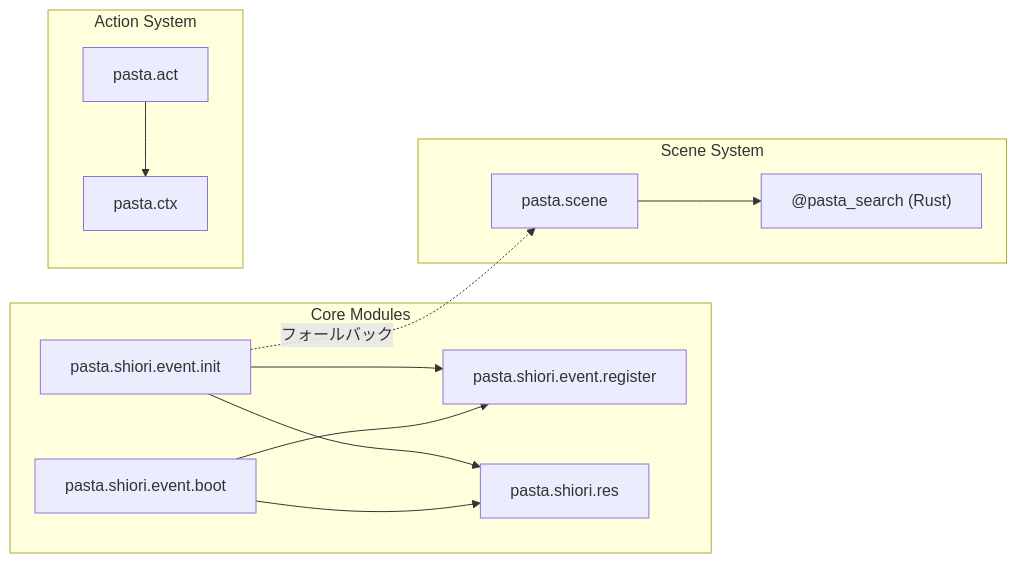
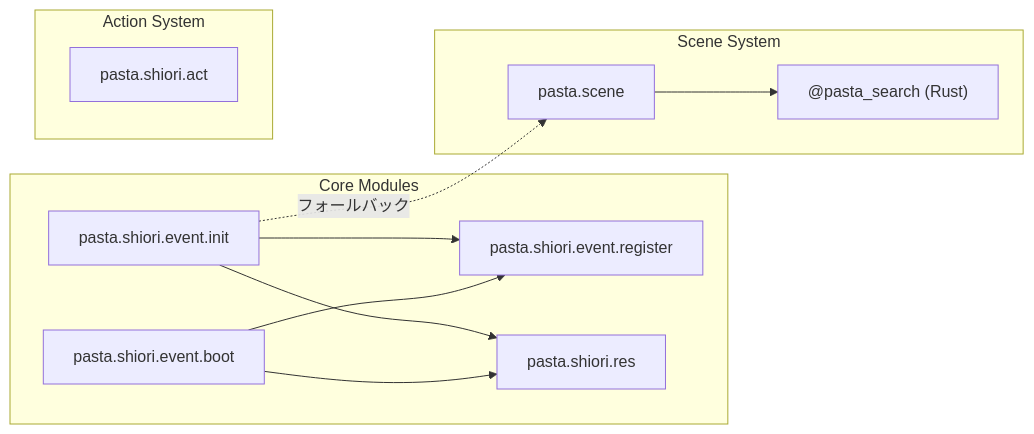
One commit to ekicyou/pasta changed the third of 3 diagrams in .kiro/specs/alpha01-shiori-alpha-events/design.md. Above: the diagram before and after it, drawn with Mermaid. The commit also changed other lines of this file and 9 other files, not shown here.

````diff
--- a/.kiro/specs/alpha01-shiori-alpha-events/design.md
+++ b/.kiro/specs/alpha01-shiori-alpha-events/design.md
@@ -99,27 +99,25 @@
 ```mermaid
 graph LR
     subgraph "Core Modules"
         EVENT[pasta.shiori.event.init]
         REG[pasta.shiori.event.register]
         BOOT[pasta.shiori.event.boot]
         RES[pasta.shiori.res]
     end
     
     subgraph "Scene System"
         SCENE[pasta.scene]
         SEARCH["@pasta_search (Rust)"]
     end
     
     subgraph "Action System"
-        ACT[pasta.act]
-        CTX[pasta.ctx]
+        ACT[pasta.shiori.act]
     end
     
     EVENT --> REG
     EVENT --> RES
     EVENT -.->|"フォールバック"| SCENE
     BOOT --> REG
     BOOT --> RES
     SCENE --> SEARCH
-    ACT --> CTX
 ```
````
